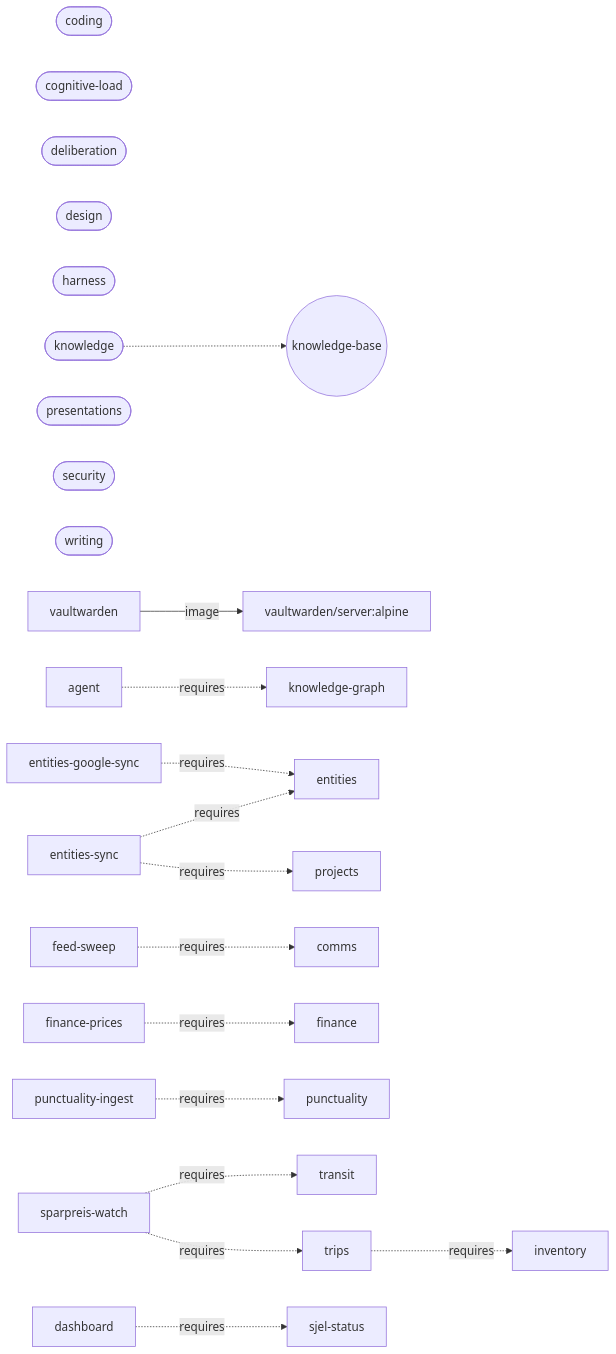
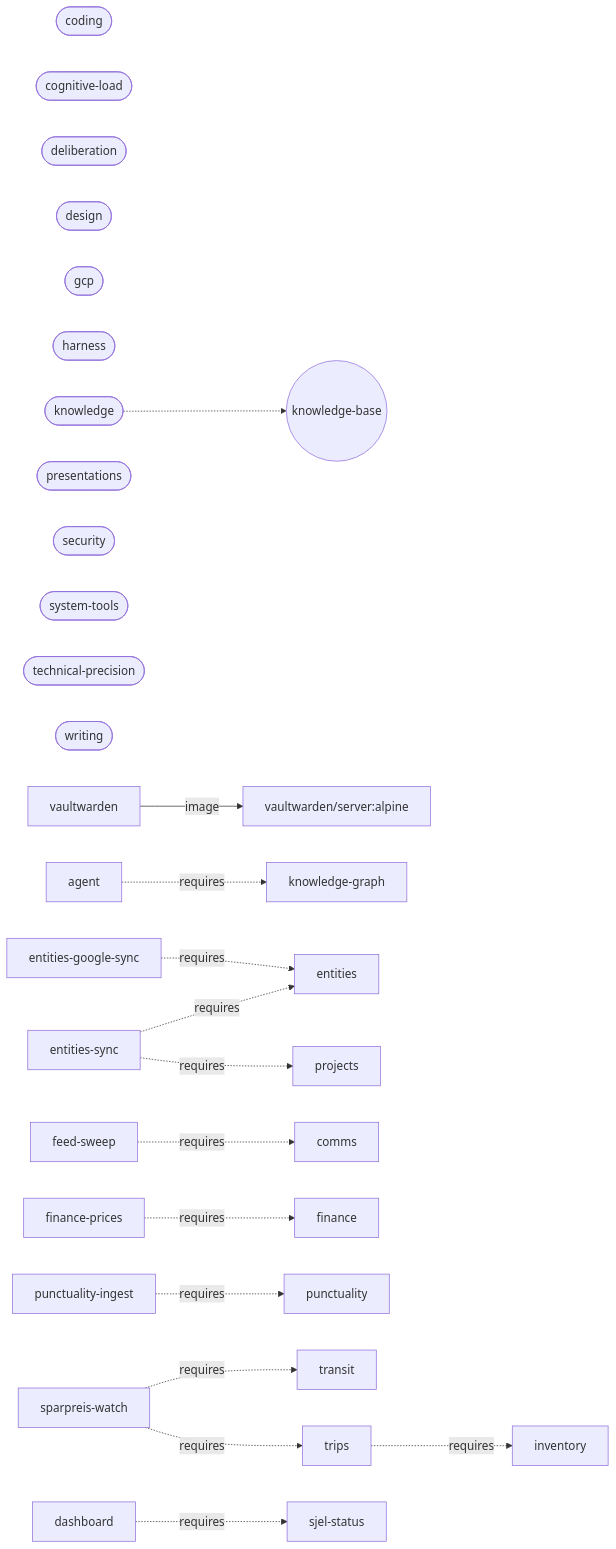
Before and after one commit to larsboes/Sjel: the diagram in ARCHITECTURE.md, drawn with Mermaid. The commit also changed other lines of this file, not shown here.

Commit message:
Regenerate ARCHITECTURE.md after the new packs and upstream rows

````diff
--- a/ARCHITECTURE.md
+++ b/ARCHITECTURE.md
@@ -170,25 +173,28 @@
 ```mermaid
 flowchart LR
   pack_coding(["coding"])
   pack_cognitive_load(["cognitive-load"])
   pack_deliberation(["deliberation"])
   pack_design(["design"])
+  pack_gcp(["gcp"])
   pack_harness(["harness"])
   pack_knowledge(["knowledge"])
   pack_knowledge -.-> sys_knowledge_base(("knowledge-base"))
   pack_presentations(["presentations"])
   pack_security(["security"])
+  pack_system_tools(["system-tools"])
+  pack_technical_precision(["technical-precision"])
   pack_writing(["writing"])
   cap_vaultwarden["vaultwarden"] -->|image| img_vaultwarden_server["vaultwarden/server:alpine"]
   cap_agent["agent"] -.->|requires| cap_knowledge_graph["knowledge-graph"]
   cap_entities_google_sync["entities-google-sync"] -.->|requires| cap_entities["entities"]
   cap_entities_sync["entities-sync"] -.->|requires| cap_projects["projects"]
   cap_entities_sync["entities-sync"] -.->|requires| cap_entities["entities"]
   cap_feed_sweep["feed-sweep"] -.->|requires| cap_comms["comms"]
   cap_finance_prices["finance-prices"] -.->|requires| cap_finance["finance"]
   cap_punctuality_ingest["punctuality-ingest"] -.->|requires| cap_punctuality["punctuality"]
   cap_sparpreis_watch["sparpreis-watch"] -.->|requires| cap_transit["transit"]
   cap_sparpreis_watch["sparpreis-watch"] -.->|requires| cap_trips["trips"]
   cap_trips["trips"] -.->|requires| cap_inventory["inventory"]
   cap_dashboard["dashboard"] -.->|requires| cap_sjel_status["sjel-status"]
 ```
````
